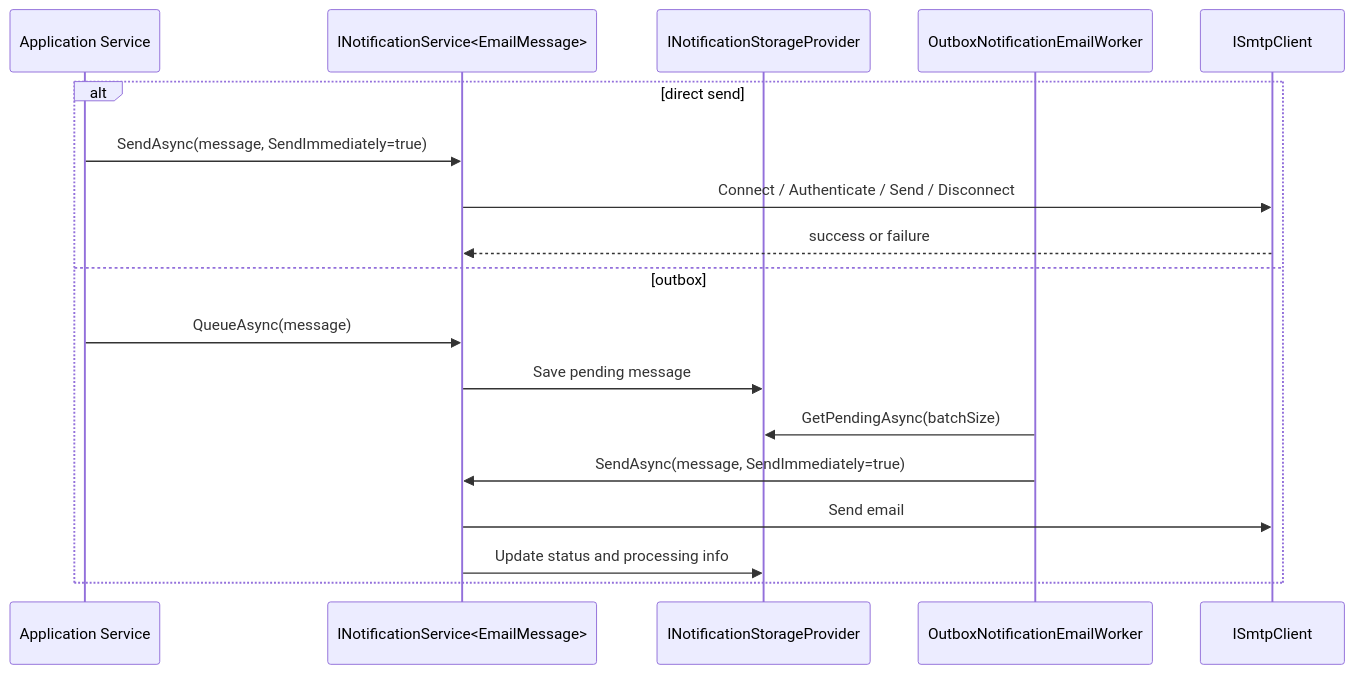
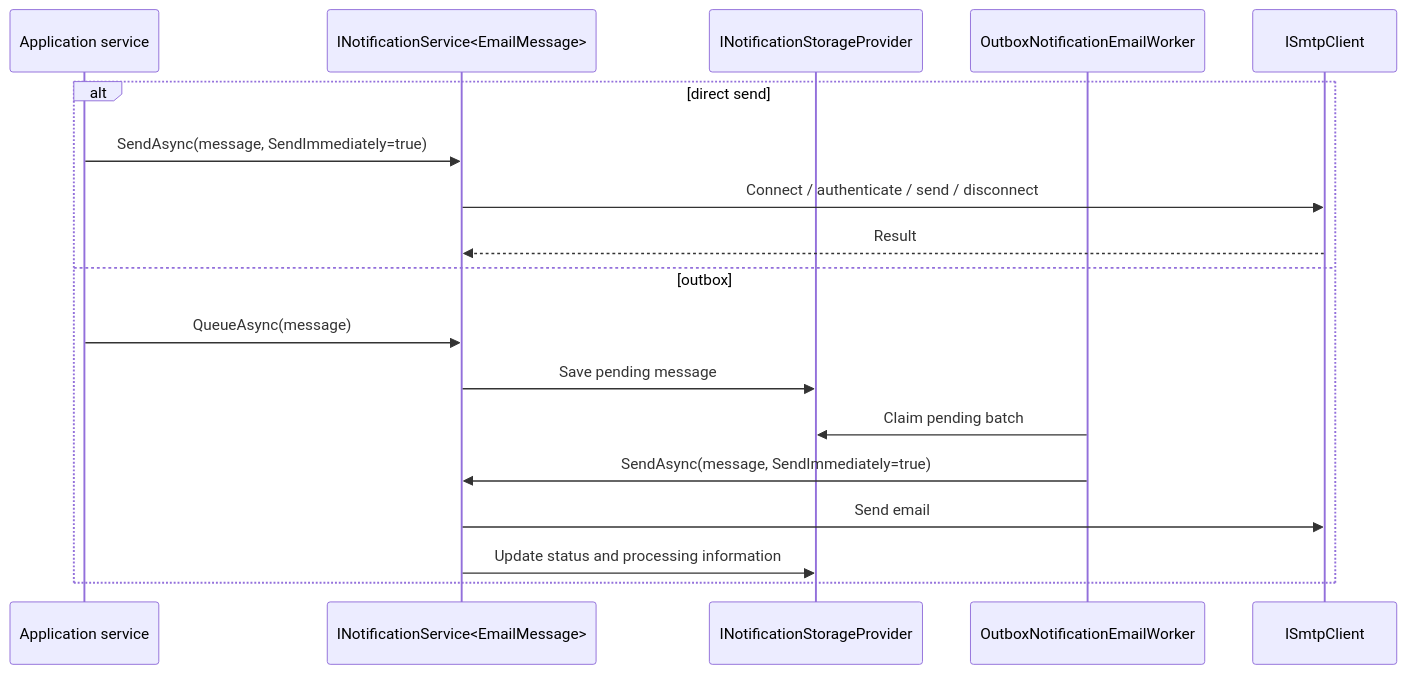
The diagram in docs/features-notifications.md (BridgingIT-GmbH/bITdevKit), drawn with Mermaid before and after one commit. The commit also changed other lines of this file and 62 other files, not shown here.

````diff
--- a/docs/features-notifications.md
+++ b/docs/features-notifications.md
@@ -209,21 +48,21 @@
 ```mermaid
 sequenceDiagram
-    participant App as Application Service
+    participant App as Application service
     participant Notifications as INotificationService<EmailMessage>
     participant Storage as INotificationStorageProvider
     participant Worker as OutboxNotificationEmailWorker
     participant Smtp as ISmtpClient
 
     alt direct send
         App->>Notifications: SendAsync(message, SendImmediately=true)
-        Notifications->>Smtp: Connect / Authenticate / Send / Disconnect
-        Smtp-->>Notifications: success or failure
+        Notifications->>Smtp: Connect / authenticate / send / disconnect
+        Smtp-->>Notifications: Result
     else outbox
         App->>Notifications: QueueAsync(message)
         Notifications->>Storage: Save pending message
-        Worker->>Storage: GetPendingAsync(batchSize)
+        Worker->>Storage: Claim pending batch
         Worker->>Notifications: SendAsync(message, SendImmediately=true)
         Notifications->>Smtp: Send email
-        Notifications->>Storage: Update status and processing info
+        Notifications->>Storage: Update status and processing information
     end
 ```
````
